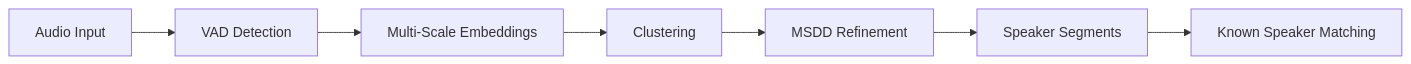
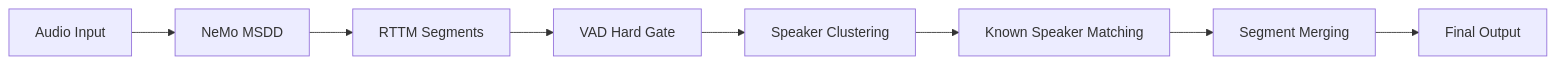
One commit to ayushdh96/vectorme changed the diagram in README.md. Above: the diagram before and after it, drawn with Mermaid. The commit also changed other lines of this file and 2 other files, not shown here.

First line of the commit message:
feat: Fast/Accurate mode selector, VAD hard-gating, segment merging

````diff
--- a/README.md
+++ b/README.md
@@ -283,9 +313,10 @@
 ```mermaid
 graph LR
-    A[Audio Input] --> B[VAD Detection]
-    B --> C[Multi-Scale Embeddings]
-    C --> D[Clustering]
-    D --> E[MSDD Refinement]
-    E --> F[Speaker Segments]
-    F --> G[Known Speaker Matching]
+    A[Audio Input] --> B[NeMo MSDD]
+    B --> C[RTTM Segments]
+    C --> D[VAD Hard Gate]
+    D --> E[Speaker Clustering]
+    E --> F[Known Speaker Matching]
+    F --> G[Segment Merging]
+    G --> H[Final Output]
 ```
````
